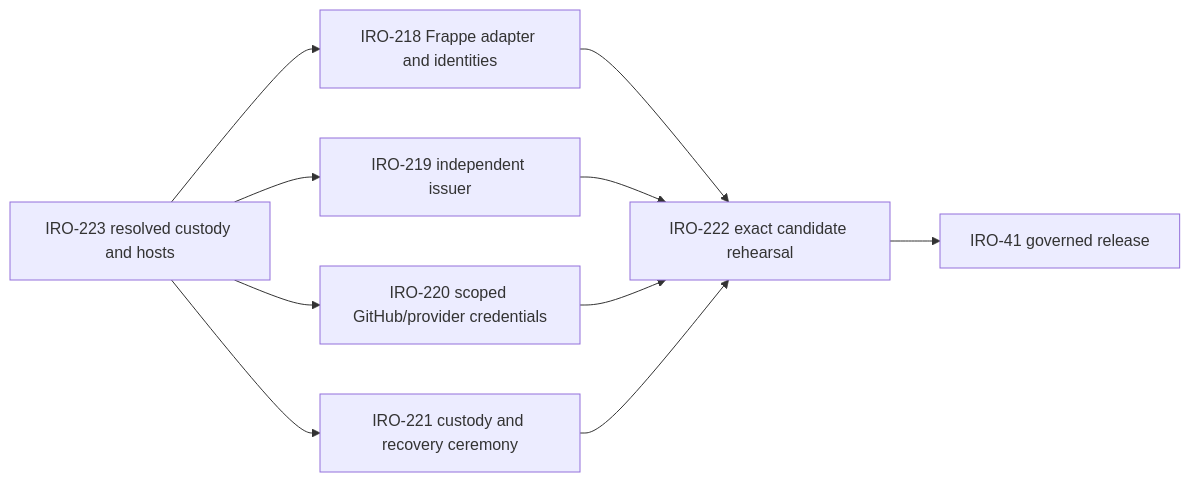
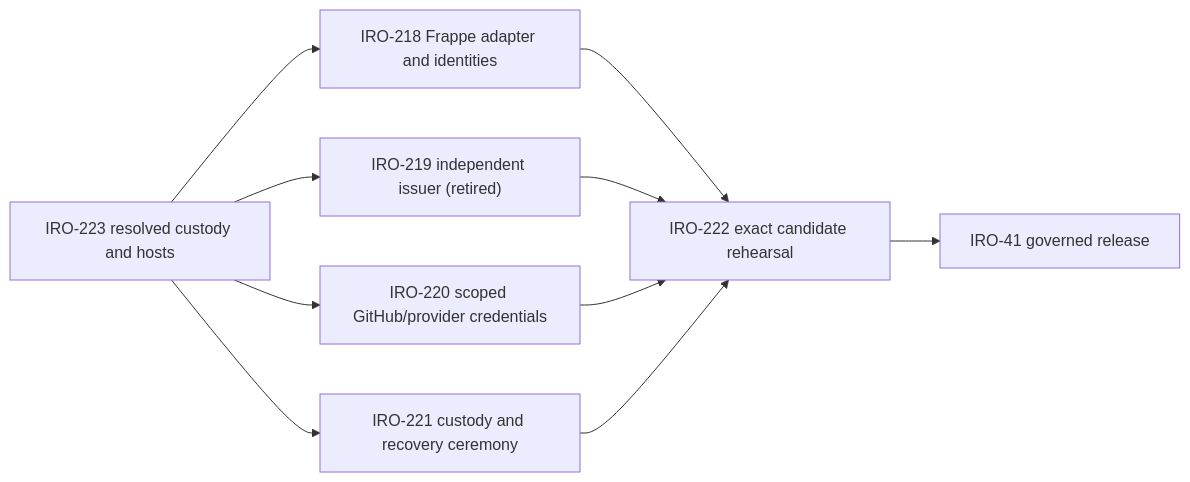
One commit to Iron-Wrap/ironwrap-os changed the first of 2 diagrams in docs/CAPABILITY-MATRIX.md. Above: the diagram before and after it, drawn with Mermaid. The commit also changed other lines of this file and 16 other files, not shown here.

````diff
--- a/docs/CAPABILITY-MATRIX.md
+++ b/docs/CAPABILITY-MATRIX.md
@@ -459,20 +460,20 @@
 ```mermaid
 flowchart LR
     D["IRO-223 resolved custody and hosts"]
     A["IRO-218 Frappe adapter and identities"]
-    I["IRO-219 independent issuer"]
+    I["IRO-219 independent issuer (retired)"]
     C["IRO-220 scoped GitHub/provider credentials"]
     R["IRO-221 custody and recovery ceremony"]
     P["IRO-222 exact candidate rehearsal"]
     G["IRO-41 governed release"]
 
     D --> A
     D --> I
     D --> C
     D --> R
     A --> P
     I --> P
     C --> P
     R --> P
     P --> G
 ```
````
